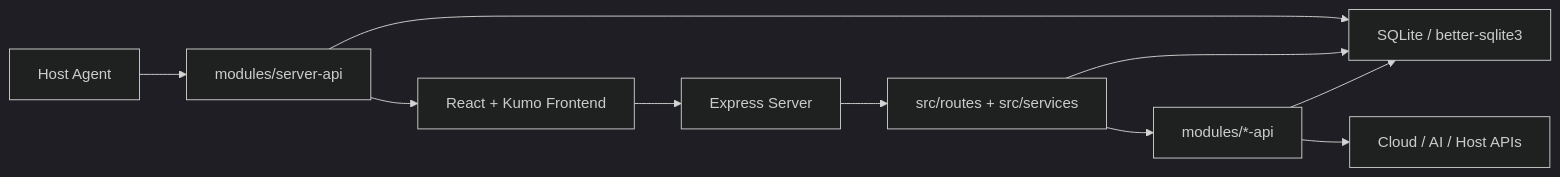
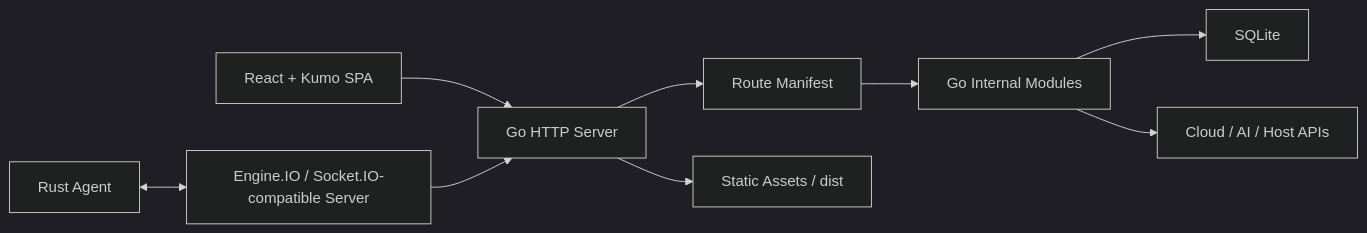
Before and after one commit to WXKYW/Multi-Manager: the diagram in docs/设计文档.md, drawn with Mermaid (dark theme). The commit also changed other lines of this file and 51 other files, not shown here.

````diff
--- a/docs/设计文档.md
+++ b/docs/设计文档.md
@@ -15,12 +16,11 @@
 ```mermaid
 flowchart LR
-  Browser["React + Kumo Frontend"] --> Express["Express Server"]
-  Express --> Core["src/routes + src/services"]
-  Core --> DB["SQLite / better-sqlite3"]
-  Core --> Modules["modules/*-api"]
-  Modules --> DB
+  Browser["React + Kumo SPA"] --> GoServer["Go HTTP Server"]
+  GoServer --> Manifest["Route Manifest"]
+  Manifest --> Modules["Go Internal Modules"]
+  Modules --> DB["SQLite"]
   Modules --> External["Cloud / AI / Host APIs"]
-  Agent["Host Agent"] --> ServerAPI["modules/server-api"]
-  ServerAPI --> DB
-  ServerAPI --> Browser
+  Agent["Rust Agent"] <--> Realtime["Engine.IO / Socket.IO-compatible Server"]
+  Realtime --> GoServer
+  GoServer --> Static["Static Assets / dist"]
 ```
````
